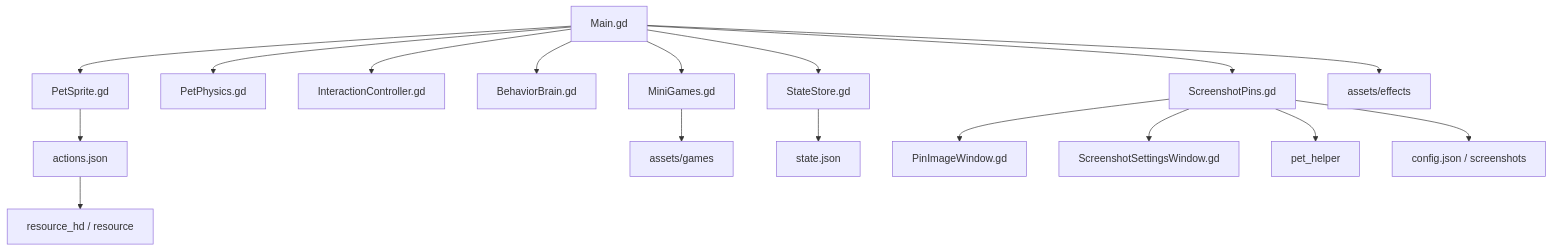
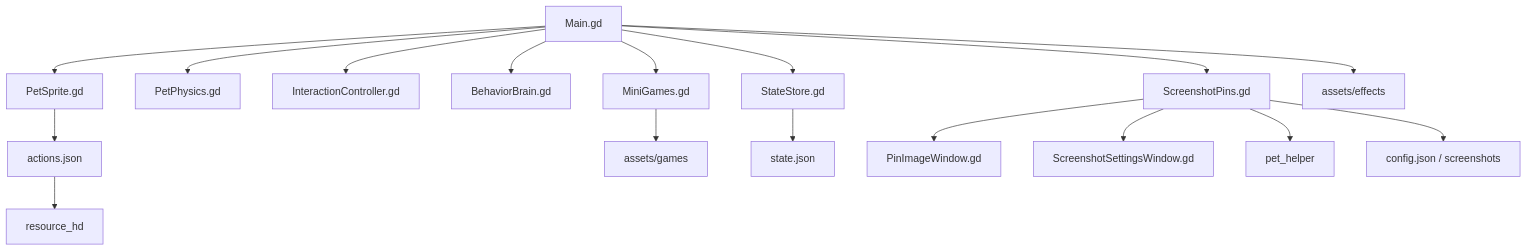
The diagram in docs/architecture/README.md (MzKyle/Crayon-Shinchan-Desktop-Pat), drawn with Mermaid before and after one commit. The commit also changed other lines of this file and 1176 other files, not shown here.

````diff
--- a/docs/architecture/README.md
+++ b/docs/architecture/README.md
@@ -11,21 +11,21 @@
 ```mermaid
 flowchart TB
   Main["Main.gd"] --> Sprite["PetSprite.gd"]
   Main --> Physics["PetPhysics.gd"]
   Main --> Interaction["InteractionController.gd"]
   Main --> Brain["BehaviorBrain.gd"]
   Main --> Games["MiniGames.gd"]
   Main --> State["StateStore.gd"]
   Main --> Pins["ScreenshotPins.gd"]
 
   Pins --> PinWindow["PinImageWindow.gd"]
   Pins --> SettingsWindow["ScreenshotSettingsWindow.gd"]
   Pins --> Hotkeys["pet_helper"]
 
   Sprite --> Manifest["actions.json"]
-  Manifest --> Frames["resource_hd / resource"]
+  Manifest --> Frames["resource_hd"]
   Games --> GameAssets["assets/games"]
   Main --> EffectAssets["assets/effects"]
   State --> UserState["state.json"]
   Pins --> UserConfig["config.json / screenshots"]
 ```
````
